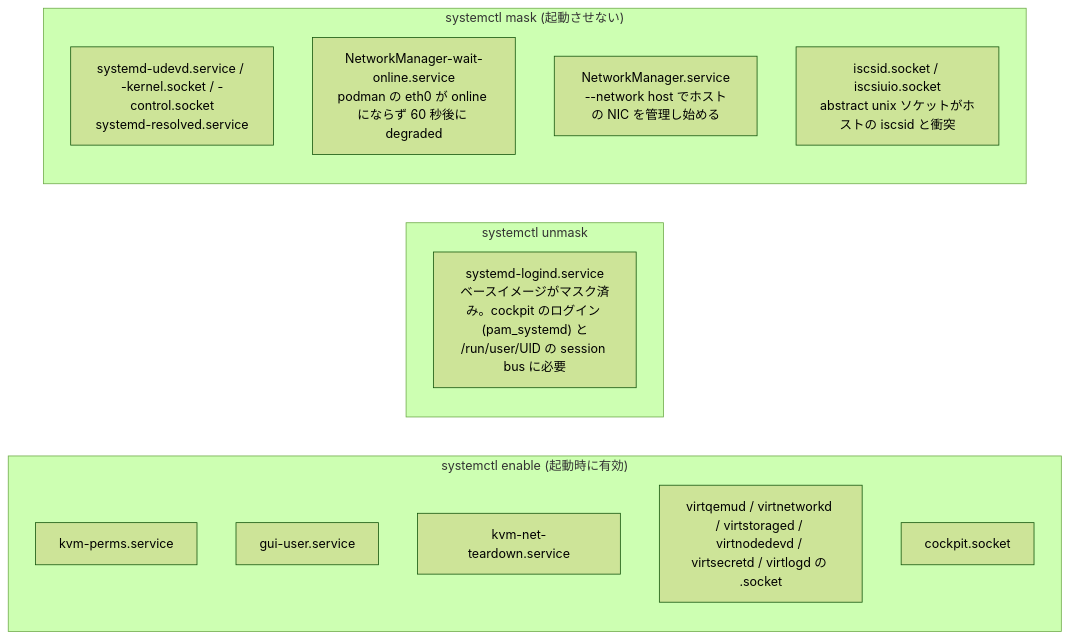
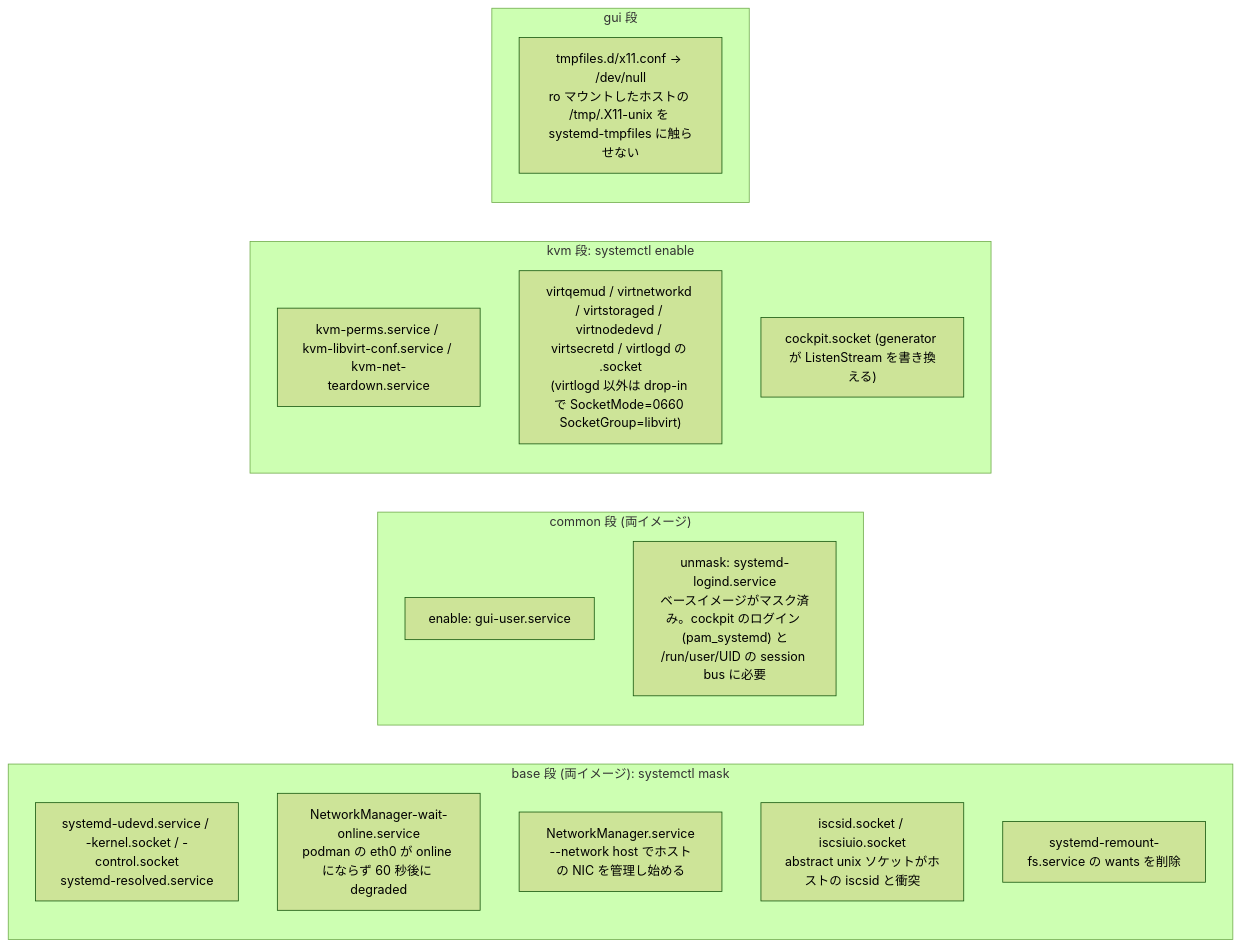
The sixth of 22 diagrams in docs/SPEC.md (ryo-aoki-pc/kvm-container), drawn with Mermaid (forest theme) before and after one commit. The commit also changed other lines of this file, not shown here.

First line of the commit message:
docs/SPEC.md を 2 コンテナ構成 (kvm + kvm-gui) に合わせて全面更新する

````diff
--- a/docs/SPEC.md
+++ b/docs/SPEC.md
@@ -294,19 +359,22 @@
 ```mermaid
 flowchart LR
-  subgraph en ["systemctl enable (起動時に有効)"]
-    e1["kvm-perms.service"]
-    e2["gui-user.service"]
-    e3["kvm-net-teardown.service"]
-    e4["virtqemud / virtnetworkd / virtstoraged / virtnodedevd / virtsecretd / virtlogd の .socket"]
-    e5["cockpit.socket"]
-  end
-  subgraph un ["systemctl unmask"]
-    u1["systemd-logind.service<br/>ベースイメージがマスク済み。cockpit のログイン (pam_systemd) と<br/>/run/user/UID の session bus に必要"]
-  end
-  subgraph ma ["systemctl mask (起動させない)"]
+  subgraph base ["base 段 (両イメージ): systemctl mask"]
     m1["systemd-udevd.service / -kernel.socket / -control.socket<br/>systemd-resolved.service"]
     m2["NetworkManager-wait-online.service<br/>podman の eth0 が online にならず 60 秒後に degraded"]
     m3["NetworkManager.service<br/>--network host でホストの NIC を管理し始める"]
     m4["iscsid.socket / iscsiuio.socket<br/>abstract unix ソケットがホストの iscsid と衝突"]
+    m5["systemd-remount-fs.service の wants を削除"]
+  end
+  subgraph common ["common 段 (両イメージ)"]
+    e0["enable: gui-user.service"]
+    u1["unmask: systemd-logind.service<br/>ベースイメージがマスク済み。cockpit のログイン (pam_systemd) と<br/>/run/user/UID の session bus に必要"]
+  end
+  subgraph kvm ["kvm 段: systemctl enable"]
+    e1["kvm-perms.service / kvm-libvirt-conf.service / kvm-net-teardown.service"]
+    e2["virtqemud / virtnetworkd / virtstoraged / virtnodedevd / virtsecretd / virtlogd の .socket<br/>(virtlogd 以外は drop-in で SocketMode=0660 SocketGroup=libvirt)"]
+    e3["cockpit.socket (generator が ListenStream を書き換える)"]
+  end
+  subgraph gui ["gui 段"]
+    x1["tmpfiles.d/x11.conf → /dev/null<br/>ro マウントしたホストの /tmp/.X11-unix を systemd-tmpfiles に触らせない"]
   end
 ```
````
